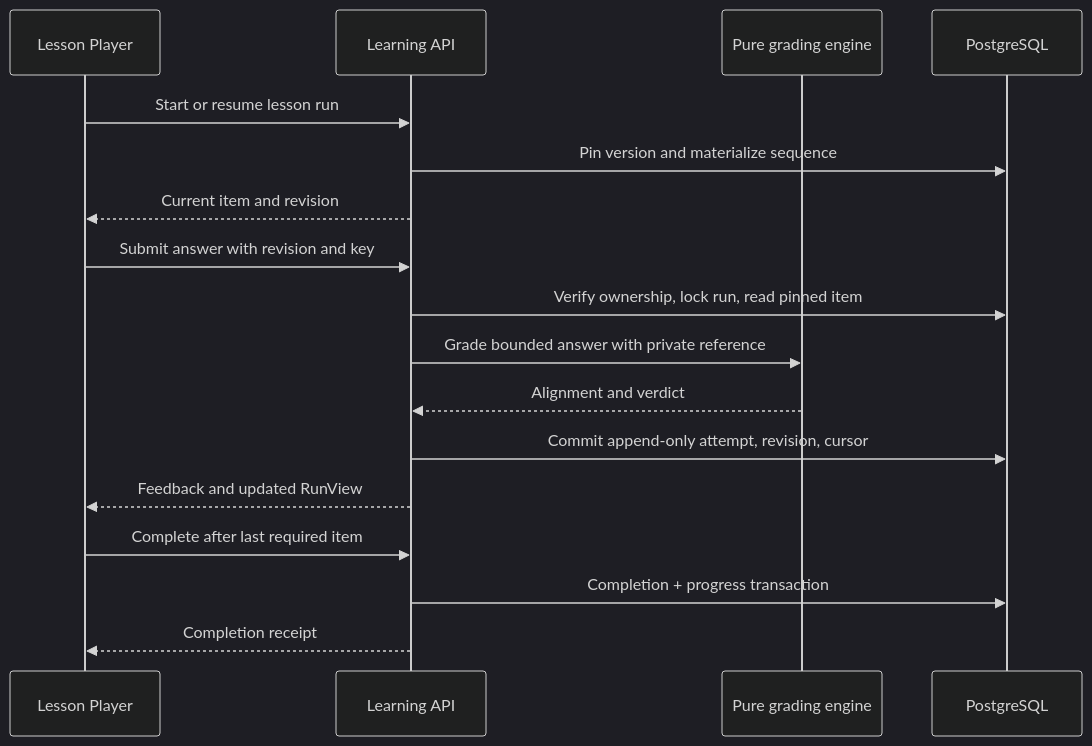
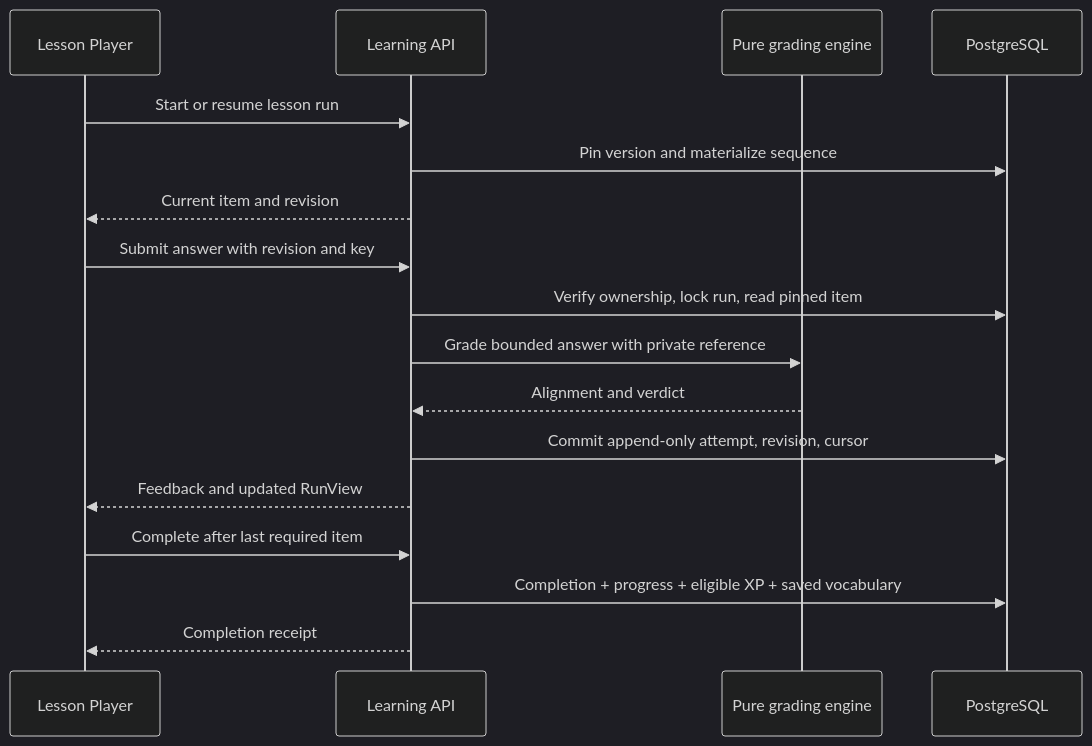
The first of 2 diagrams in docs/architecture/06-exercise-engines.md (HIspcvn/English-Learning-Platform), drawn with Mermaid (dark theme) before and after one commit. The commit also changed other lines of this file and 29 other files, not shown here.

Commit message:
docs: finalize feature parity and architecture contracts

````diff
--- a/docs/architecture/06-exercise-engines.md
+++ b/docs/architecture/06-exercise-engines.md
@@ -9,19 +9,19 @@
 ```mermaid
 sequenceDiagram
   participant U as Lesson Player
   participant A as Learning API
   participant E as Pure grading engine
   participant D as PostgreSQL
   U->>A: Start or resume lesson run
   A->>D: Pin version and materialize sequence
   A-->>U: Current item and revision
   U->>A: Submit answer with revision and key
   A->>D: Verify ownership, lock run, read pinned item
   A->>E: Grade bounded answer with private reference
   E-->>A: Alignment and verdict
   A->>D: Commit append-only attempt, revision, cursor
   A-->>U: Feedback and updated RunView
   U->>A: Complete after last required item
-  A->>D: Completion + progress transaction
+  A->>D: Completion + progress + eligible XP + saved vocabulary
   A-->>U: Completion receipt
 ```
````
